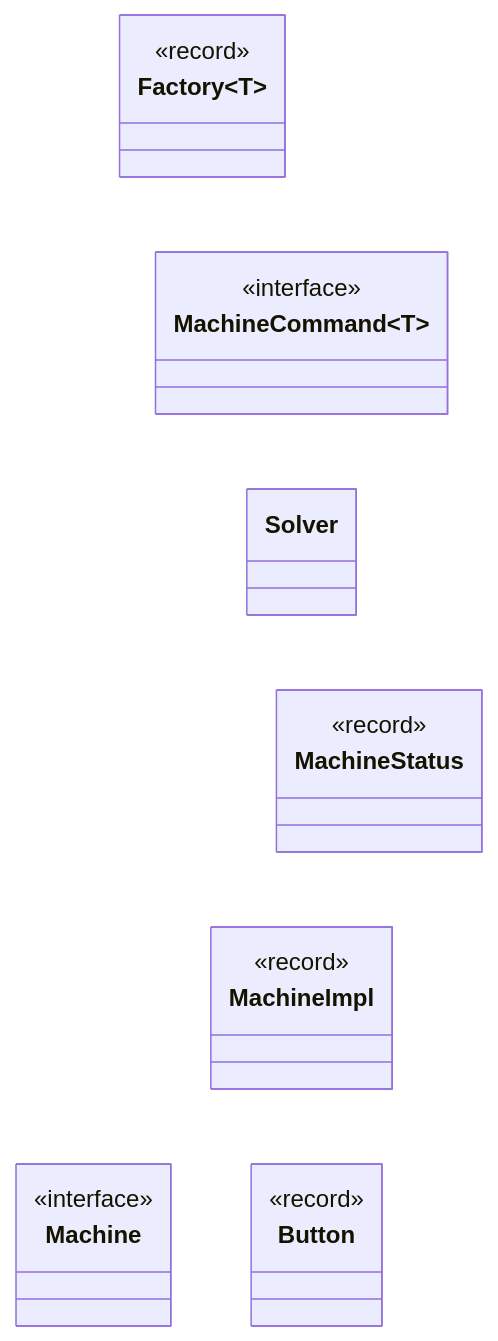
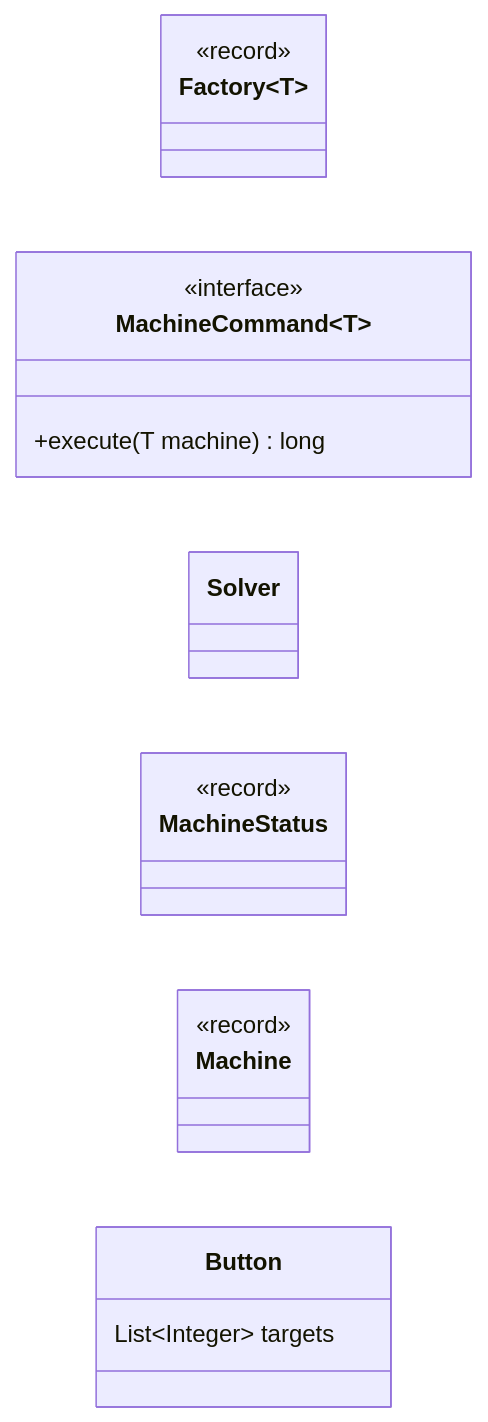
Before and after one commit to lauraheerrera/aoc2025: the diagram in UML diagrams/uml_day10.md, drawn with Mermaid. The commit also changed 91 other files, not shown here.

````diff
--- a/UML diagrams/uml_day10.md
+++ b/UML diagrams/uml_day10.md
@@ -3,33 +3,35 @@
 ```mermaid
 %%{init: { 'themeVariables': { 'lineColor': '#FFFFFF' } } }%%
 classDiagram
     direction TB
+
     class Factory~T~ {
         <<record>>
     }
-    class Machine {
-        <<interface>>
-    }
+
     class MachineCommand~T~ {
         <<interface>>
+        +execute(T machine) long
     }
-    class MachineImpl {
+
+    class Machine {
         <<record>>
     }
+
     class Button {
-        <<record>>
+        List~Integer~ targets
     }
+
     class Solver {
     }
+
     class MachineStatus {
         <<record>>
     }
-    Factory --> Machine
+
     Factory --> MachineCommand
     MachineCommand <|.. Solver
-    MachineImpl ..|> Machine
-    MachineImpl --> Button
     Solver ..> MachineStatus
-    Solver ..> MachineImpl
-    MachineStatus --> MachineImpl
+    MachineStatus --> Machine
+    Machine --> Button
 ```
````
